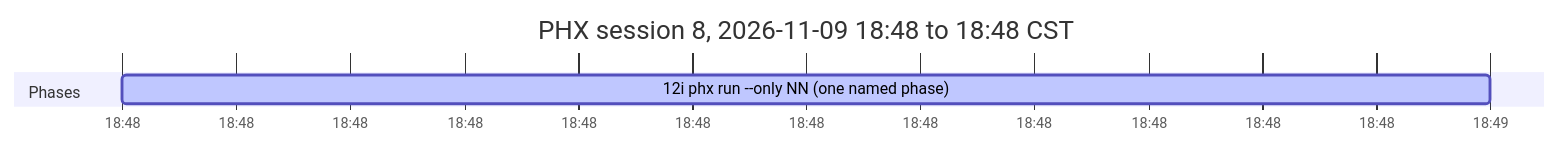
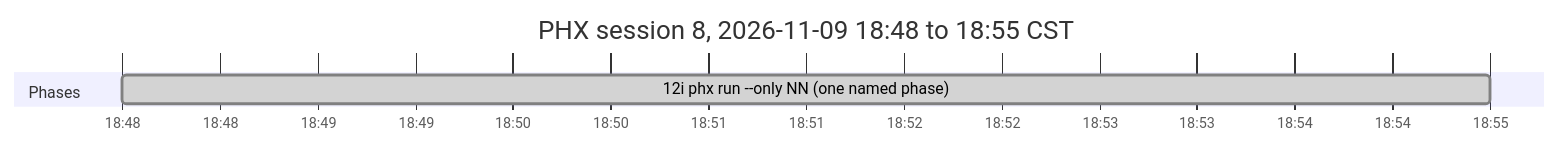
Before and after one commit to antonizick/PhaseHypervisor: the eighth of 8 diagrams in docs/PHX_FINAL-REPORT.md, drawn with Mermaid. The commit also changed other lines of this file and 2 other files, not shown here.

Commit message:
docs(plan): refresh timeline

````diff
--- a/docs/PHX_FINAL-REPORT.md
+++ b/docs/PHX_FINAL-REPORT.md
@@ -188,8 +188,8 @@
 ```mermaid
 gantt
-    title PHX session 8, 2026-11-09 18:48 to 18:48 CST
+    title PHX session 8, 2026-11-09 18:48 to 18:55 CST
     dateFormat YYYY-MM-DD HH:mm
     axisFormat %H:%M
     section Phases
-    12i phx run --only NN (one named phase) :active, p12is8, 2026-11-09 18:48, 2026-11-09 18:49
+    12i phx run --only NN (one named phase) :done, p12is8, 2026-11-09 18:48, 2026-11-09 18:55
 ```
````
